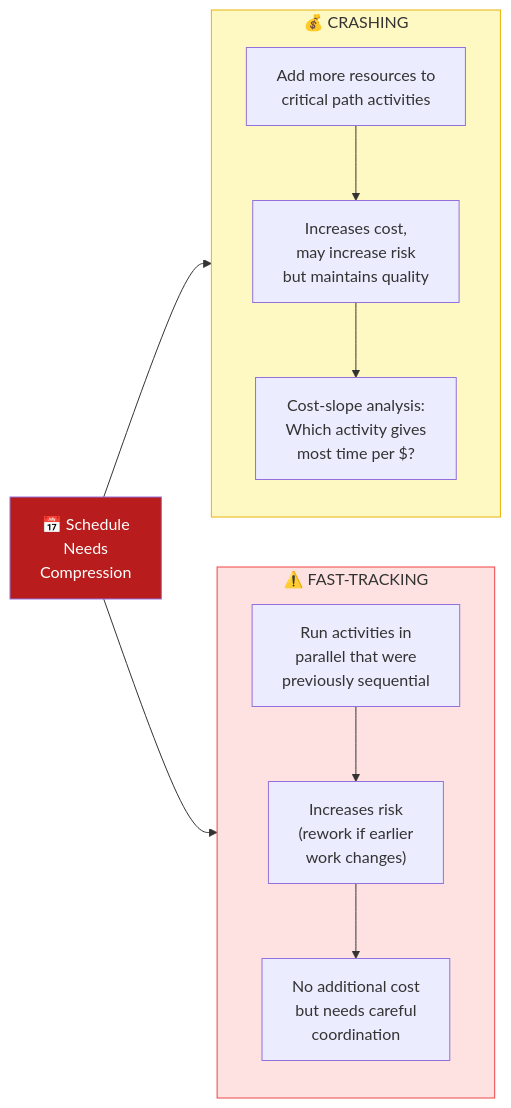
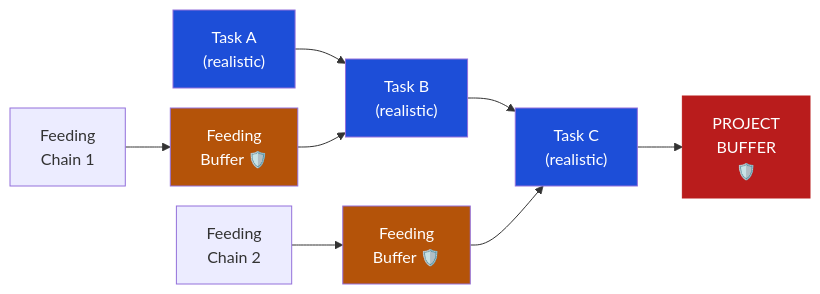
Diagram 18 of 18 in chapters/04-scheduling.qmd (HusseinYounis/pm), drawn with Mermaid before and after one commit. The commit also changed other lines of this file and 17 other files, not shown here.

````diff
--- a/chapters/04-scheduling.qmd
+++ b/chapters/04-scheduling.qmd
@@ -867,23 +1686,16 @@
 ```{mermaid}
-%%| fig-cap: "Schedule compression strategies — crashing vs. fast-tracking"
-graph LR
-    SC["📅 Schedule<br/>Needs<br/>Compression"] --> CR & FT
+%%| fig-cap: "Critical chain scheduling: buffers are consolidated, not distributed"
+%%{init: {'flowchart': {'nodeSpacing': 20, 'rankSpacing': 45}}}%%
+flowchart LR
+    A["Task A<br/>(realistic)"] --> B["Task B<br/>(realistic)"] --> C["Task C<br/>(realistic)"] --> PB["PROJECT<br/>BUFFER<br/>🛡️"]
     
-    subgraph CR["💰 CRASHING"]
-        direction TB
-        CR1["Add more resources to<br/>critical path activities"] --> CR2
-        CR2["Increases cost,<br/>may increase risk<br/>but maintains quality"] --> CR3
-        CR3["Cost-slope analysis:<br/>Which activity gives<br/>most time per $?"]
-    end
-    
-    subgraph FT["⚠️ FAST-TRACKING"]
-        direction TB
-        FT1["Run activities in<br/>parallel that were<br/>previously sequential"] --> FT2
-        FT2["Increases risk<br/>(rework if earlier<br/>work changes)"] --> FT3
-        FT3["No additional cost<br/>but needs careful<br/>coordination"]
-    end
+    F1["Feeding<br/>Chain 1"] --> FB1["Feeding<br/>Buffer 🛡️"] --> B
+    F2["Feeding<br/>Chain 2"] --> FB2["Feeding<br/>Buffer 🛡️"] --> C
 
-    style SC fill:#b91c1c,color:#fff
-    style CR fill:#fef9c3,stroke:#eab308
-    style FT fill:#fee2e2,stroke:#ef4444
+    style PB fill:#b91c1c,color:#fff,stroke:#b91c1c
+    style FB1 fill:#b45309,color:#fff
+    style FB2 fill:#b45309,color:#fff
+    style A fill:#1d4ed8,color:#fff
+    style B fill:#1d4ed8,color:#fff
+    style C fill:#1d4ed8,color:#fff
 ```
````
